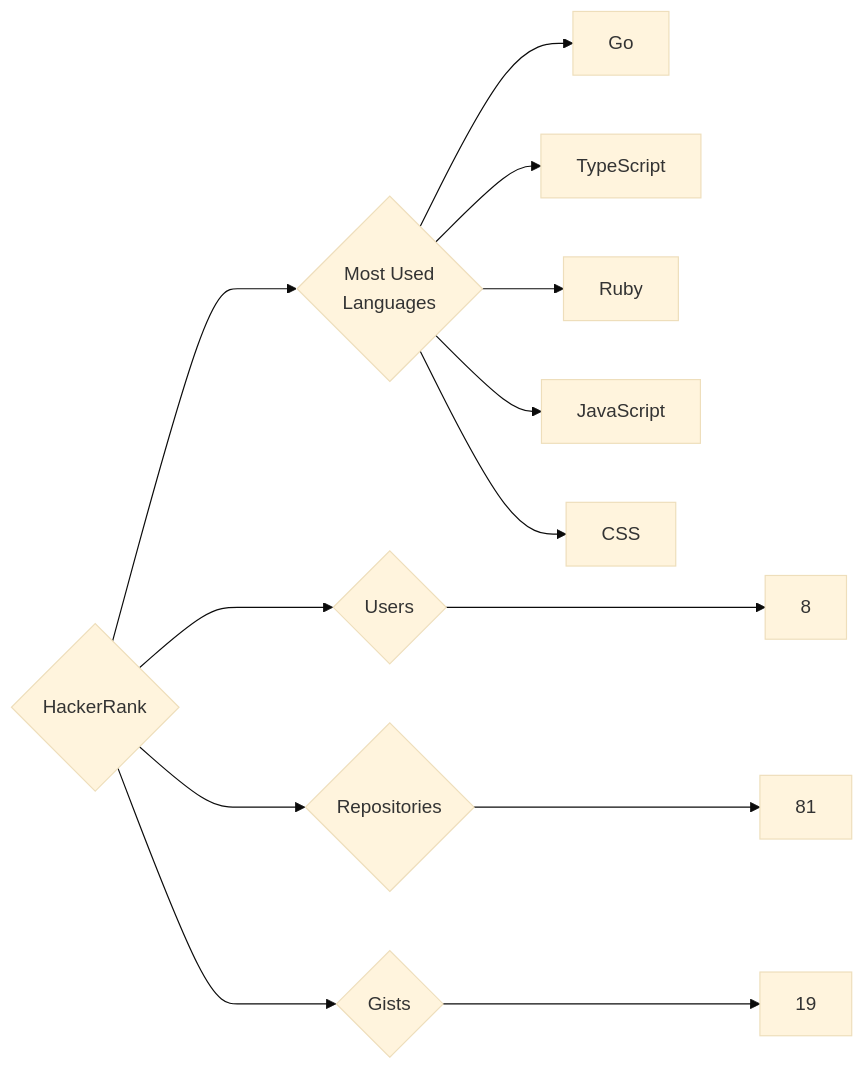
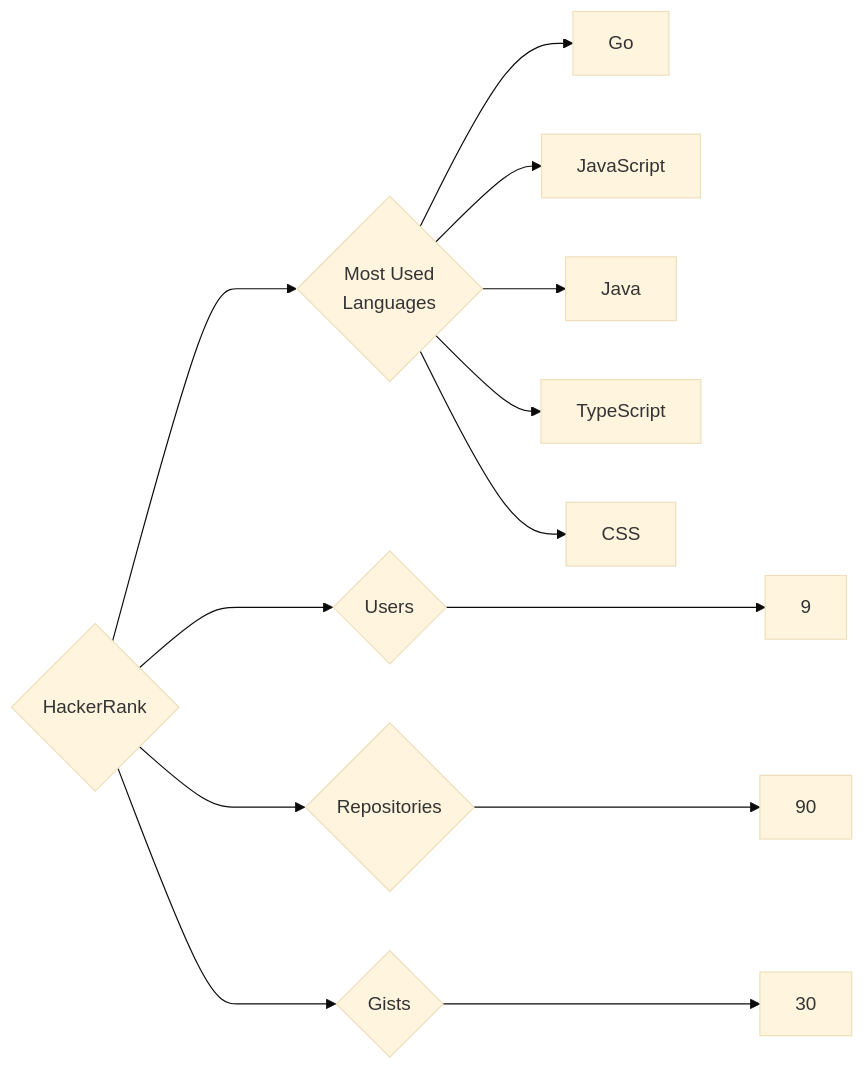
One commit to trickest/insiders changed the diagram in targets/HackerRank/README.md. Above: the diagram before and after it, drawn with Mermaid (base theme). The commit also changed 942 other files, not shown here.

````diff
--- a/targets/HackerRank/README.md
+++ b/targets/HackerRank/README.md
@@ -3,13 +3,13 @@
 ```mermaid
 graph LR
 COMPANY_NAME{HackerRank}
-COMPANY_NAME ---> U{Users} ---> UN[8]
-COMPANY_NAME ---> R{Repositories} ---> RN[81]
-COMPANY_NAME ---> G{Gists} ---> GN[19]
+COMPANY_NAME ---> U{Users} ---> UN[9]
+COMPANY_NAME ---> R{Repositories} ---> RN[90]
+COMPANY_NAME ---> G{Gists} ---> GN[30]
 COMPANY_NAME ---> ML{Most Used<br>Languages}
 ML --> Go[Go]
+ML --> JavaScript[JavaScript]
+ML --> Java[Java]
 ML --> TypeScript[TypeScript]
-ML --> Ruby[Ruby]
-ML --> JavaScript[JavaScript]
 ML --> CSS[CSS]
 ```
````
